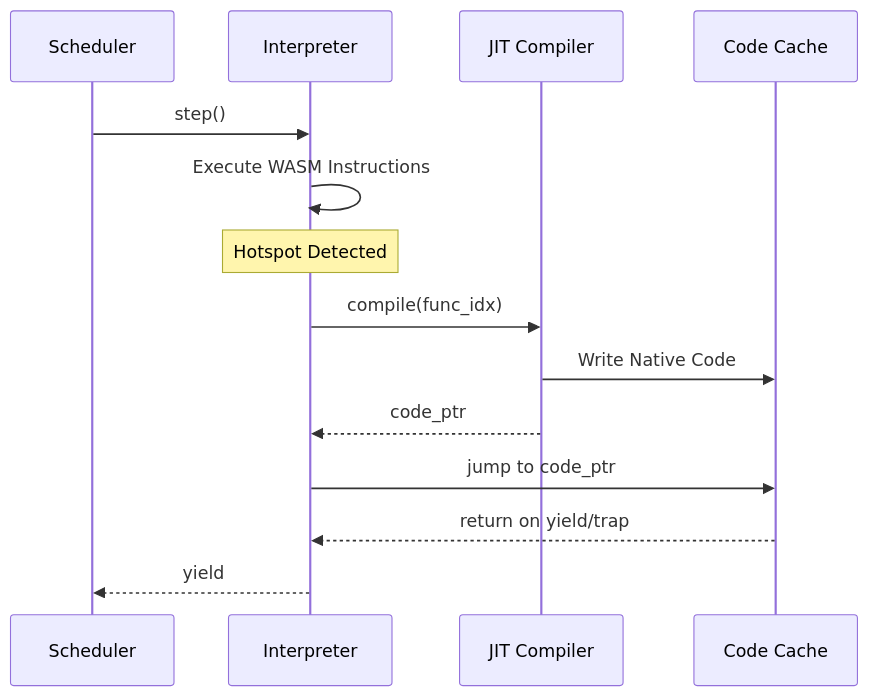
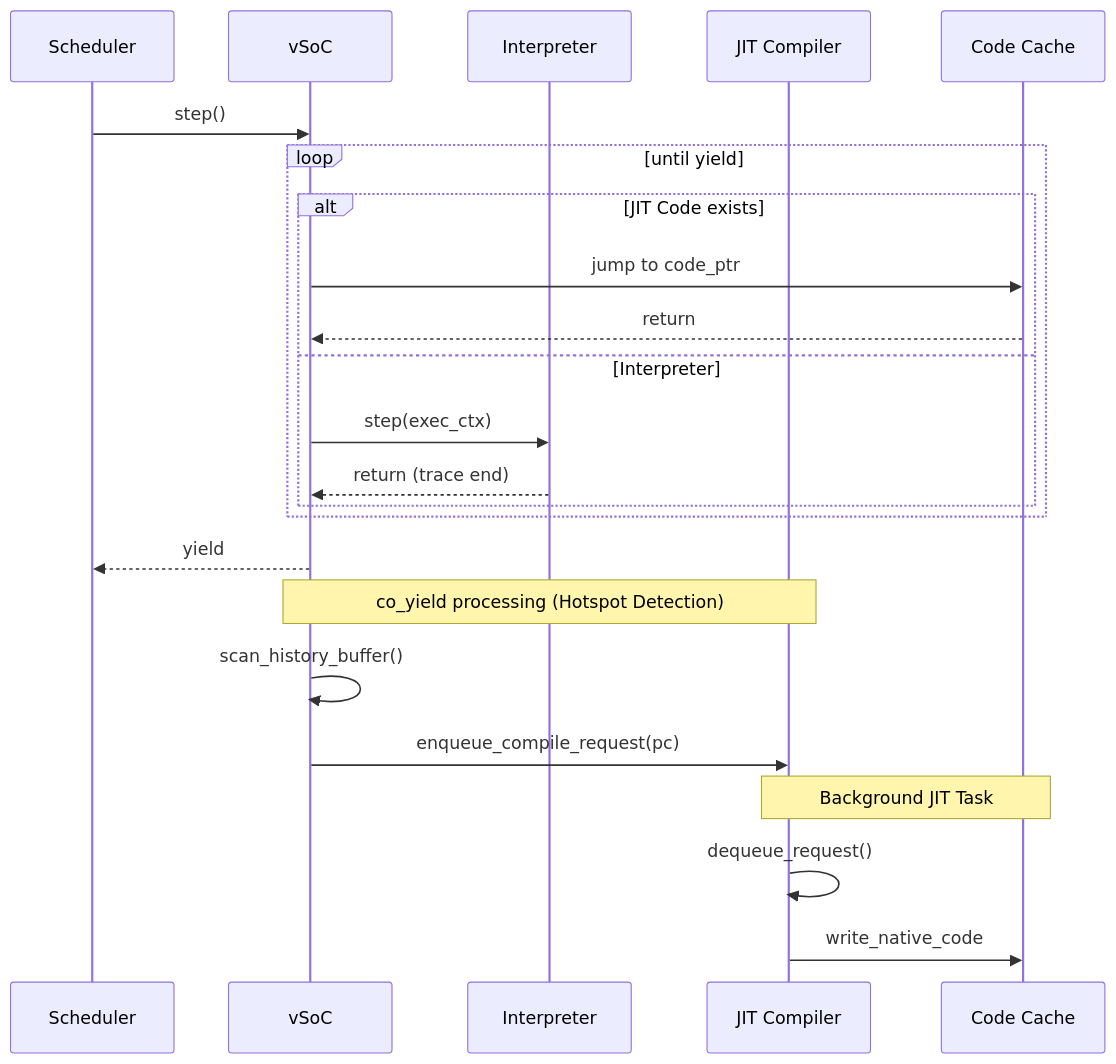
One commit to kmt-t/fireball changed the third of 3 diagrams in docs/orders/components/vsoc.md. Above: the diagram before and after it, drawn with Mermaid. The commit also changed other lines of this file and 7 other files, not shown here.

````diff
--- a/docs/orders/components/vsoc.md
+++ b/docs/orders/components/vsoc.md
@@ -94,17 +85,28 @@
 ```mermaid
 sequenceDiagram
     participant S as Scheduler
+    participant V as vSoC
     participant I as Interpreter
     participant J as JIT Compiler
     participant C as Code Cache
     
-    S->>I: step()
-    I->>I: Execute WASM Instructions
-    Note over I: Hotspot Detected
-    I->>J: compile(func_idx)
-    J->>C: Write Native Code
-    J-->>I: code_ptr
-    I->>C: jump to code_ptr
-    C-->>I: return on yield/trap
-    I-->>S: yield
+    S->>V: step()
+    loop until yield
+        alt JIT Code exists
+            V->>C: jump to code_ptr
+            C-->>V: return
+        else Interpreter
+            V->>I: step(exec_ctx)
+            I-->>V: return (trace end)
+        end
+    end
+    V-->>S: yield
+    
+    Note over V,J: co_yield processing (Hotspot Detection)
+    V->>V: scan_history_buffer()
+    V->>J: enqueue_compile_request(pc)
+    
+    Note over J,C: Background JIT Task
+    J->>J: dequeue_request()
+    J->>C: write_native_code
 ```
````
